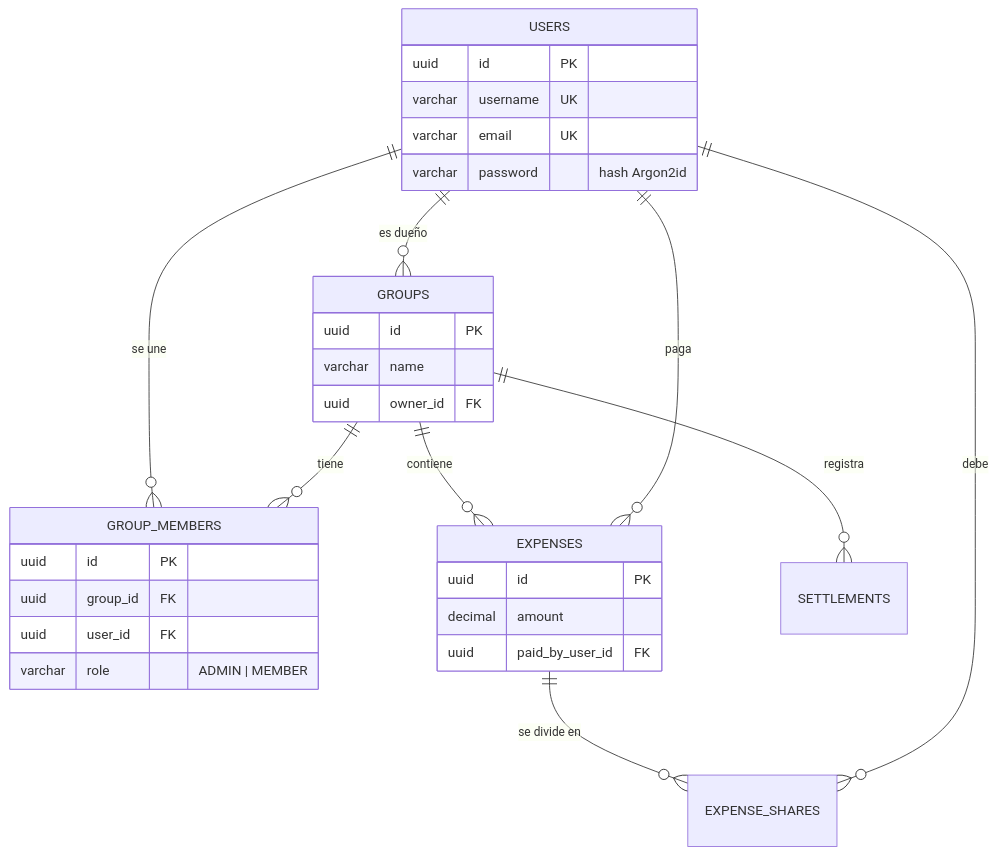
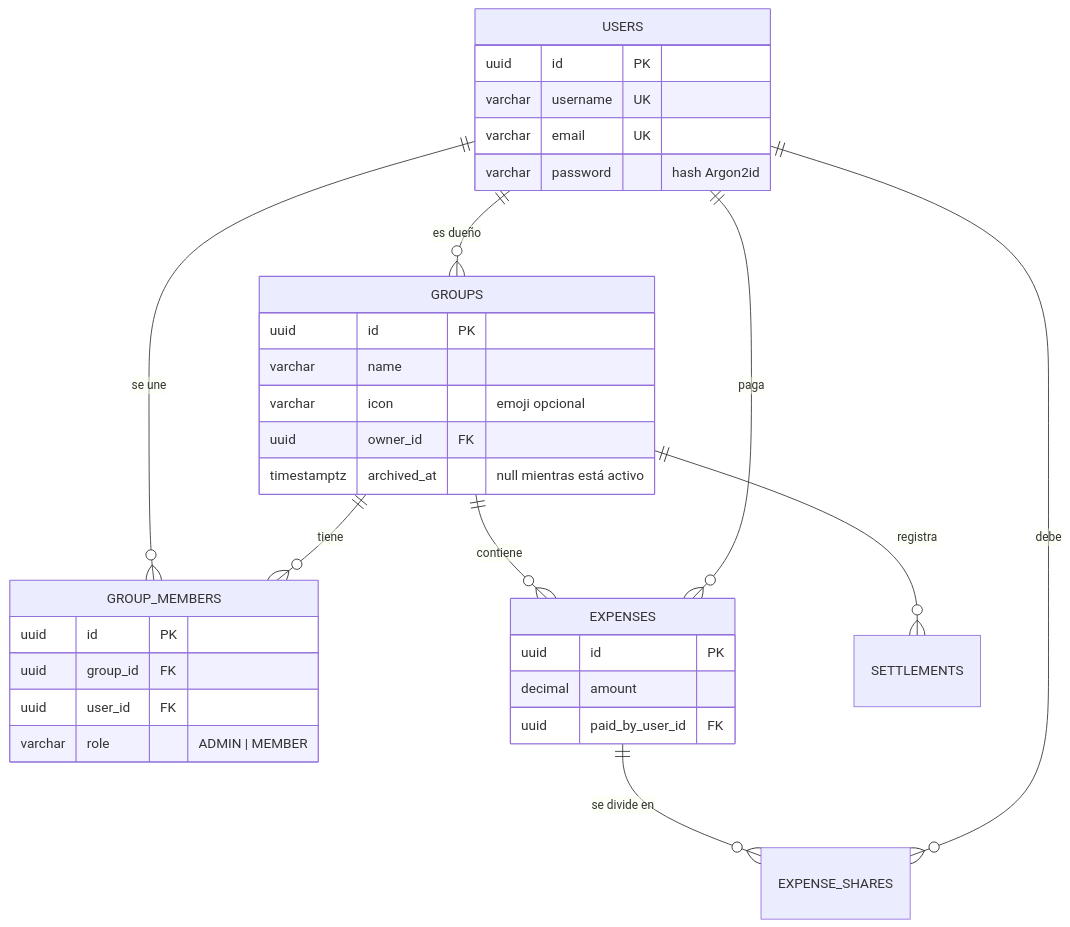
One commit to cris-sh/cuadremos changed the second of 2 diagrams in README.es.md. Above: the diagram before and after it, drawn with Mermaid. The commit also changed other lines of this file and 1 other file, not shown here.

````diff
--- a/README.es.md
+++ b/README.es.md
@@ -75,34 +77,36 @@
 ```mermaid
 erDiagram
     USERS ||--o{ GROUP_MEMBERS : "se une"
     GROUPS ||--o{ GROUP_MEMBERS : tiene
     USERS ||--o{ GROUPS : "es dueño"
     GROUPS ||--o{ EXPENSES : contiene
     USERS ||--o{ EXPENSES : paga
     EXPENSES ||--o{ EXPENSE_SHARES : "se divide en"
     USERS ||--o{ EXPENSE_SHARES : debe
     GROUPS ||--o{ SETTLEMENTS : registra
 
     USERS {
         uuid id PK
         varchar username UK
         varchar email UK
         varchar password "hash Argon2id"
     }
     GROUPS {
         uuid id PK
         varchar name
+        varchar icon "emoji opcional"
         uuid owner_id FK
+        timestamptz archived_at "null mientras está activo"
     }
     GROUP_MEMBERS {
         uuid id PK
         uuid group_id FK
         uuid user_id FK
         varchar role "ADMIN | MEMBER"
     }
     EXPENSES {
         uuid id PK
         decimal amount
         uuid paid_by_user_id FK
     }
 ```
````
